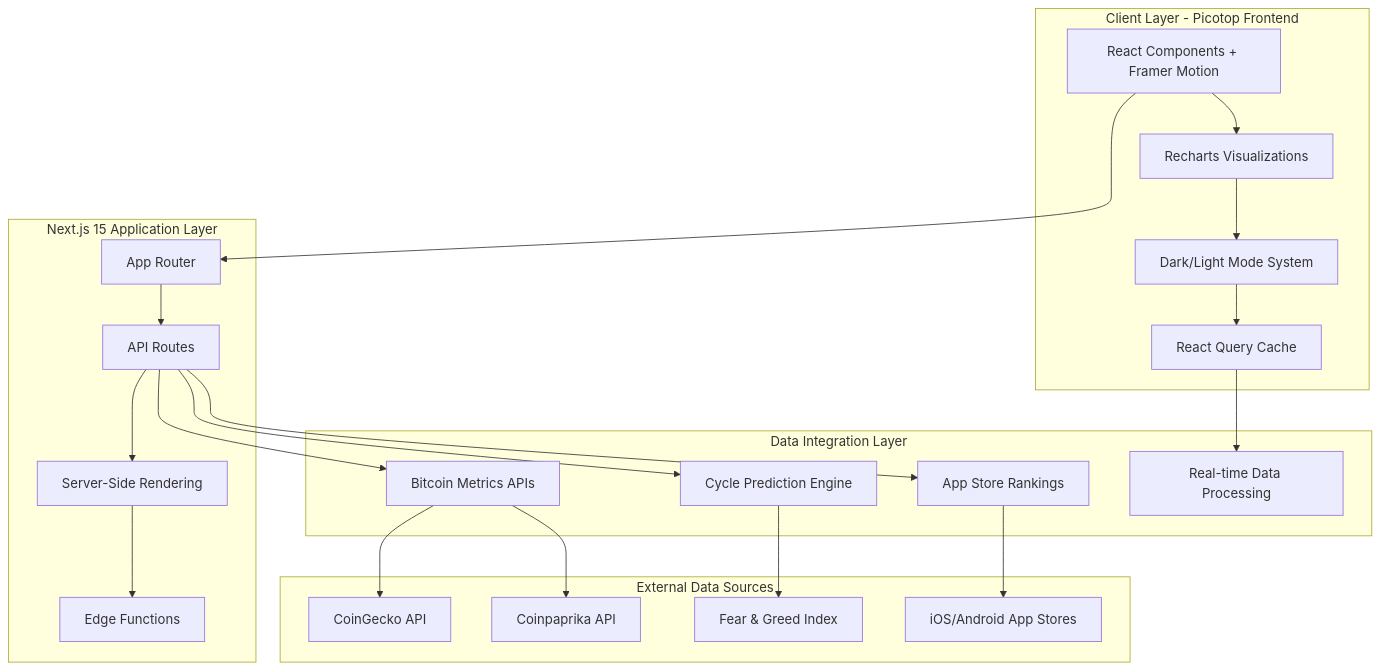
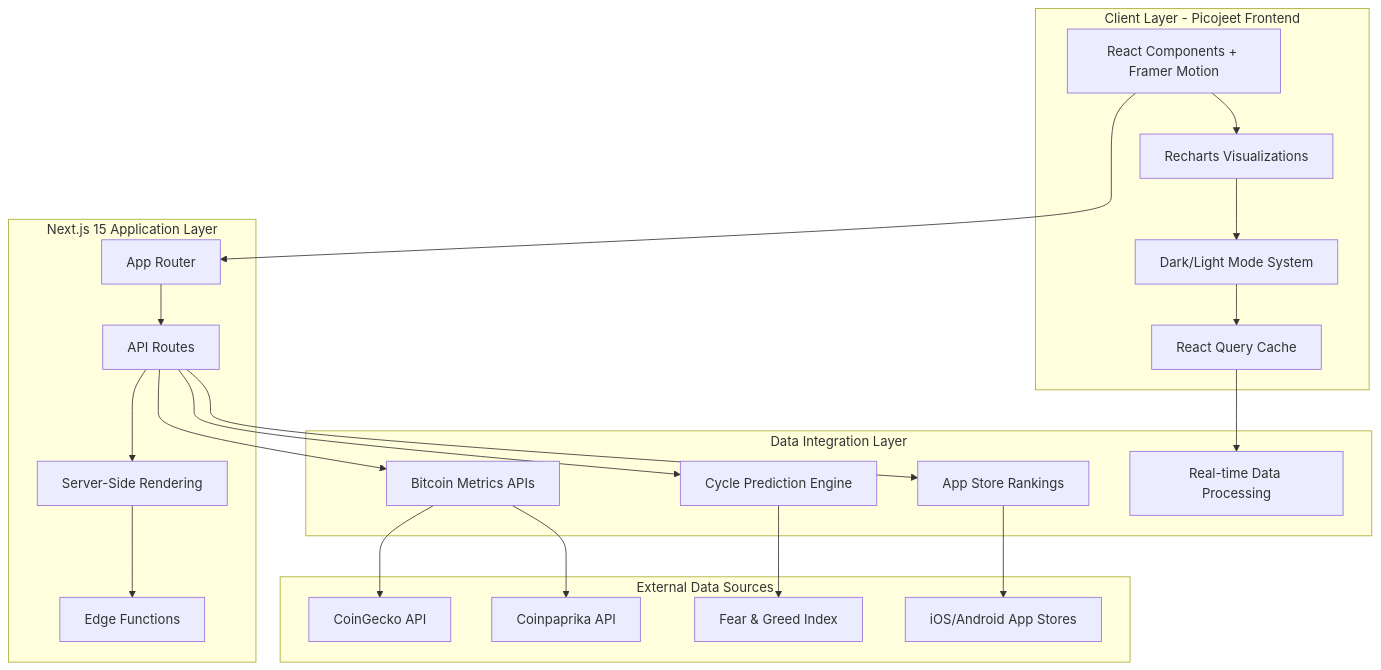
One commit to oxnr/picotop changed the first of 10 diagrams in ARCHITECTURE.md. Above: the diagram before and after it, drawn with Mermaid. The commit also changed other lines of this file and 34 other files, not shown here.

First line of the commit message:
feat: Complete Picojeet enhanced Bitcoin chart and documentation checkpoint

````diff
--- a/ARCHITECTURE.md
+++ b/ARCHITECTURE.md
@@ -9,46 +9,46 @@
 ```mermaid
 graph TB
-    subgraph "Client Layer - Picotop Frontend"
+    subgraph "Client Layer - Picojeet Frontend"
         UI[React Components + Framer Motion]
         Charts[Recharts Visualizations]
         Theme[Dark/Light Mode System]
         Cache[React Query Cache]
     end
     
     subgraph "Next.js 15 Application Layer"
         AppRouter[App Router]
         API[API Routes]
         SSR[Server-Side Rendering]
         EdgeFunctions[Edge Functions]
     end
     
     subgraph "Data Integration Layer"
         BitcoinAPI[Bitcoin Metrics APIs]
         AppStoreAPI[App Store Rankings]
         PredictionEngine[Cycle Prediction Engine]
         RealTimeData[Real-time Data Processing]
     end
     
     subgraph "External Data Sources"
         CoinGecko[CoinGecko API]
         Coinpaprika[Coinpaprika API]
         FearGreed[Fear & Greed Index]
         AppStore[iOS/Android App Stores]
     end
     
     UI --> Charts
     Charts --> Theme
     Theme --> Cache
     UI --> AppRouter
     AppRouter --> API
     API --> SSR
     SSR --> EdgeFunctions
     API --> BitcoinAPI
     API --> AppStoreAPI
     API --> PredictionEngine
     BitcoinAPI --> CoinGecko
     BitcoinAPI --> Coinpaprika
     AppStoreAPI --> AppStore
     PredictionEngine --> FearGreed
     Cache --> RealTimeData
 ```
````
